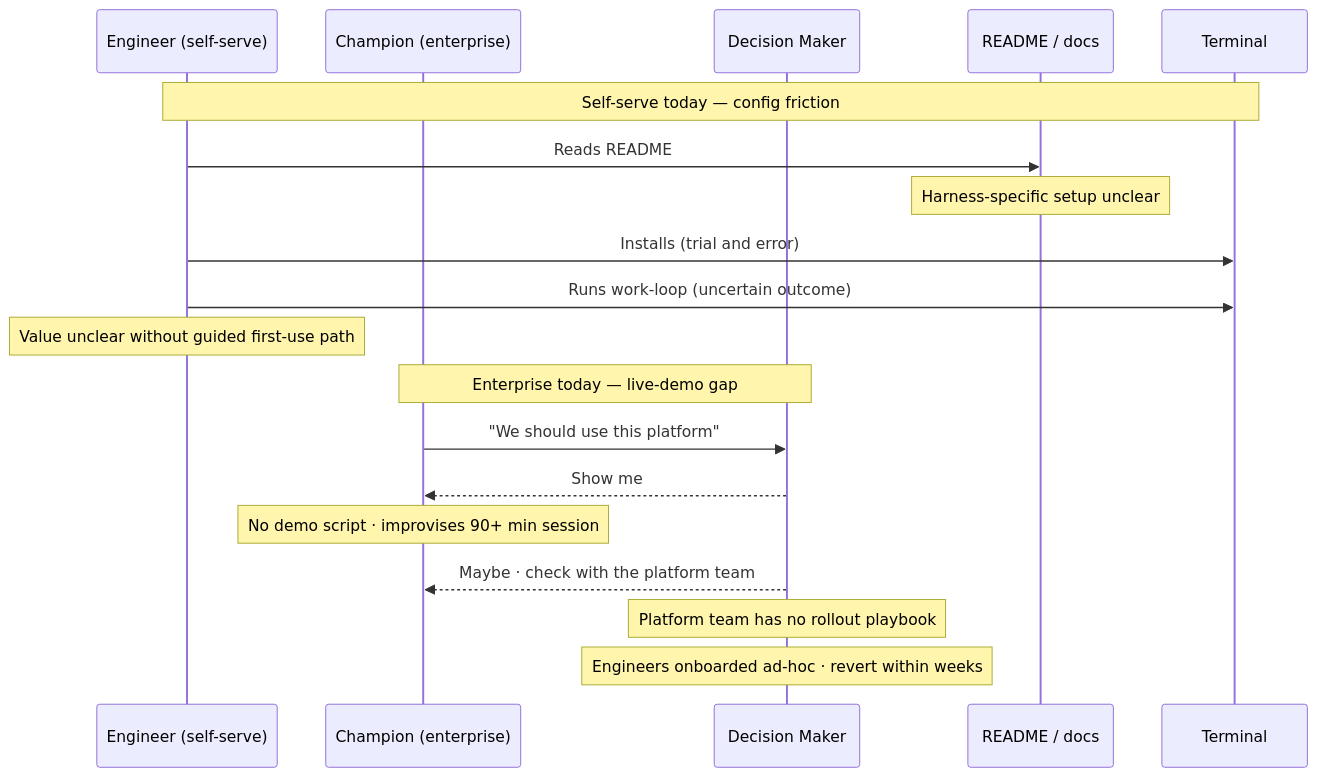
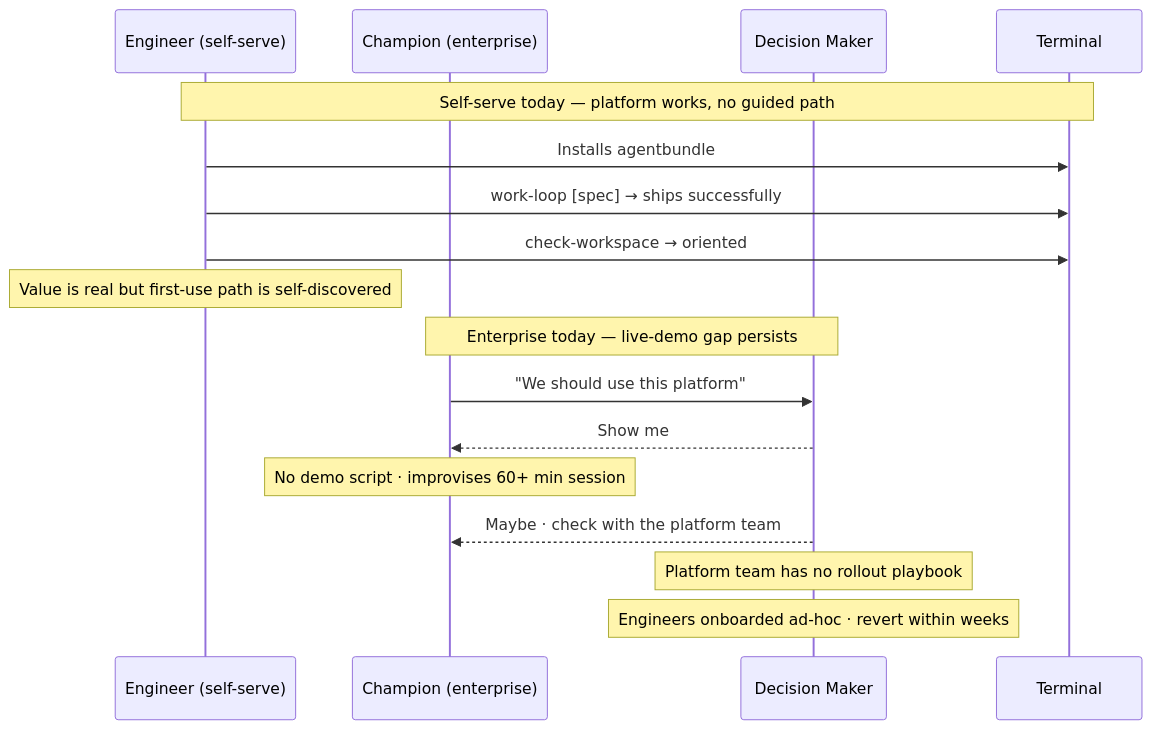
Before and after one commit to eugenelim/agent-ready-repo: the first of 2 diagrams in docs/product/journeys/team-evaluates-and-adopts.md, drawn with Mermaid. The commit also changed other lines of this file and 6 other files, not shown here.

First line of the commit message:
docs(journeys): consolidate shipped journeys; add dual-path to work-loop (#543)

````diff
--- a/docs/product/journeys/team-evaluates-and-adopts.md
+++ b/docs/product/journeys/team-evaluates-and-adopts.md
@@ -63,23 +63,21 @@
 ```mermaid
 sequenceDiagram
     participant ENG as Engineer (self-serve)
     participant CH as Champion (enterprise)
     participant DM as Decision Maker
-    participant DOCS as README / docs
     participant CLI as Terminal
 
-    Note over ENG,CLI: Self-serve today — config friction
-    ENG->>DOCS: Reads README
-    Note over DOCS: Harness-specific setup unclear
-    ENG->>CLI: Installs (trial and error)
-    ENG->>CLI: Runs work-loop (uncertain outcome)
-    Note over ENG: Value unclear without guided first-use path
+    Note over ENG,CLI: Self-serve today — platform works, no guided path
+    ENG->>CLI: Installs agentbundle
+    ENG->>CLI: work-loop [spec] → ships successfully
+    ENG->>CLI: check-workspace → oriented
+    Note over ENG: Value is real but first-use path is self-discovered
 
-    Note over CH,DM: Enterprise today — live-demo gap
+    Note over CH,DM: Enterprise today — live-demo gap persists
     CH->>DM: "We should use this platform"
     DM-->>CH: Show me
-    Note over CH: No demo script · improvises 90+ min session
+    Note over CH: No demo script · improvises 60+ min session
     DM-->>CH: Maybe · check with the platform team
     Note over DM: Platform team has no rollout playbook
     Note over DM: Engineers onboarded ad-hoc · revert within weeks
 ```
````
